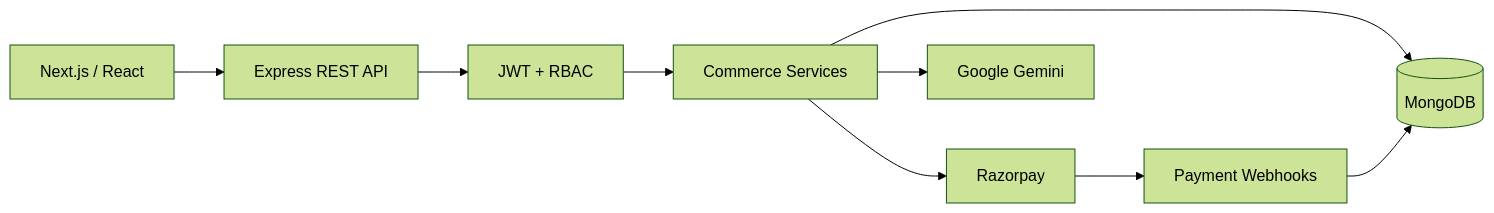
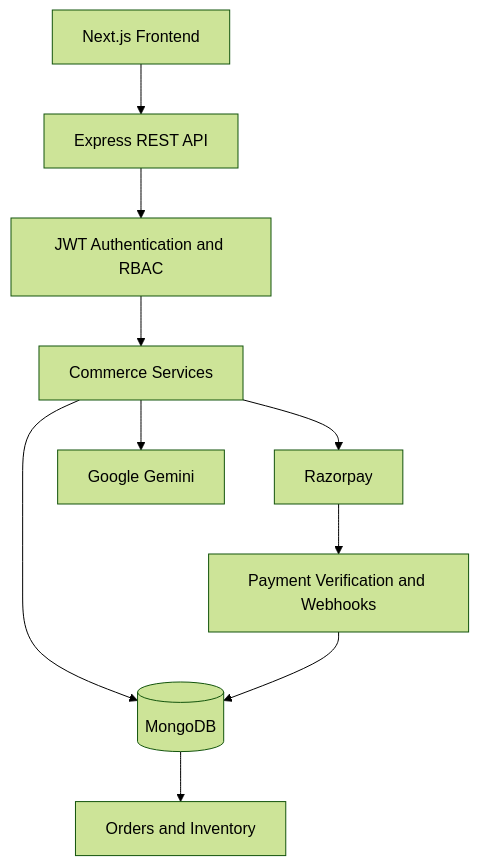
One commit to Jyatin/KiranaWala changed the diagram in README.md. Above: the diagram before and after it, drawn with Mermaid (forest theme). The commit also changed other lines of this file, not shown here.

````diff
--- a/README.md
+++ b/README.md
@@ -48,11 +77,12 @@
 ```mermaid
-flowchart LR
-  A[Next.js / React] --> B[Express REST API]
-  B --> C[JWT + RBAC]
-  C --> D[Commerce Services]
-  D --> E[(MongoDB)]
-  D --> F[Razorpay]
-  D --> G[Google Gemini]
-  F --> H[Payment Webhooks]
-  H --> E
+flowchart TD
+    A[Next.js Frontend] --> B[Express REST API]
+    B --> C[JWT Authentication and RBAC]
+    C --> D[Commerce Services]
+    D --> E[(MongoDB)]
+    D --> F[Razorpay]
+    D --> G[Google Gemini]
+    F --> H[Payment Verification and Webhooks]
+    H --> E
+    E --> I[Orders and Inventory]
 ```
````
